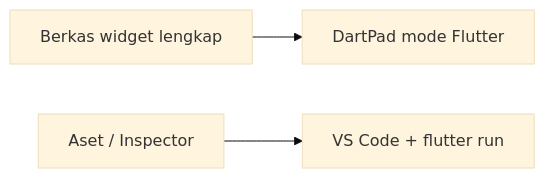
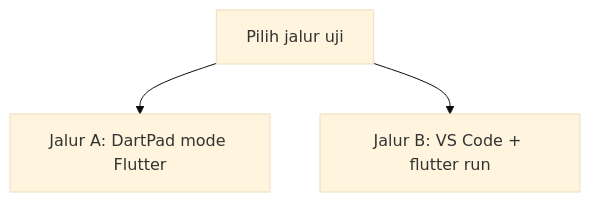
The first of 5 diagrams in modul-02-ui/README.md (antonprafanto/mobile2026), drawn with Mermaid (base theme) before and after one commit. The commit also changed other lines of this file and 4 other files, not shown here.

````diff
--- a/modul-02-ui/README.md
+++ b/modul-02-ui/README.md
@@ -18,5 +18,6 @@
 ```mermaid
-flowchart LR
-  A["Berkas widget lengkap"] --> B["DartPad mode Flutter"]
-  C["Aset / Inspector"] --> D["VS Code + flutter run"]
+flowchart TB
+  Pilih["Pilih jalur uji"]
+  Pilih --> A["Jalur A: DartPad mode Flutter"]
+  Pilih --> B["Jalur B: VS Code + flutter run"]
 ```
````
